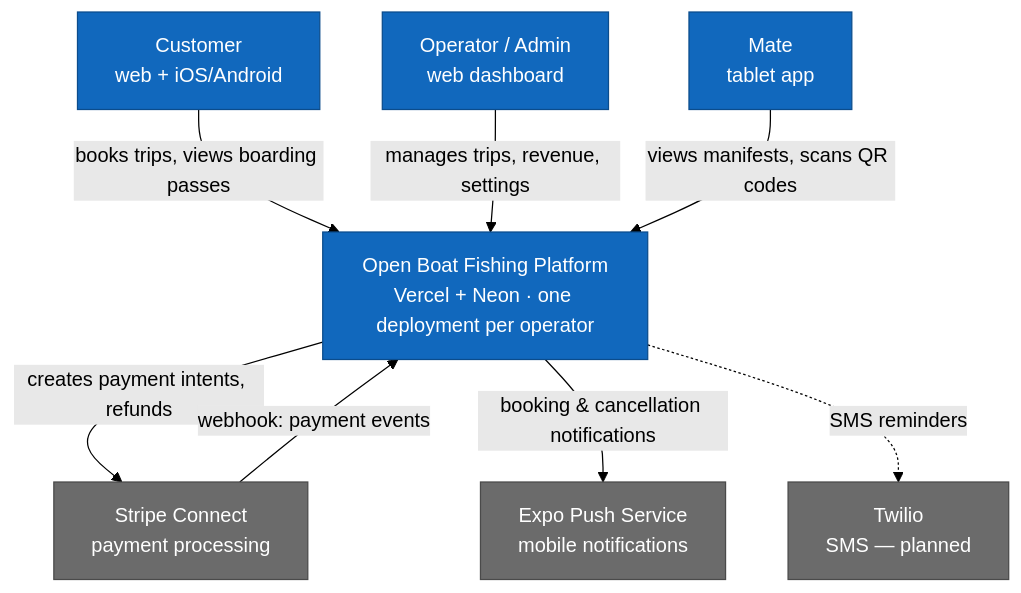
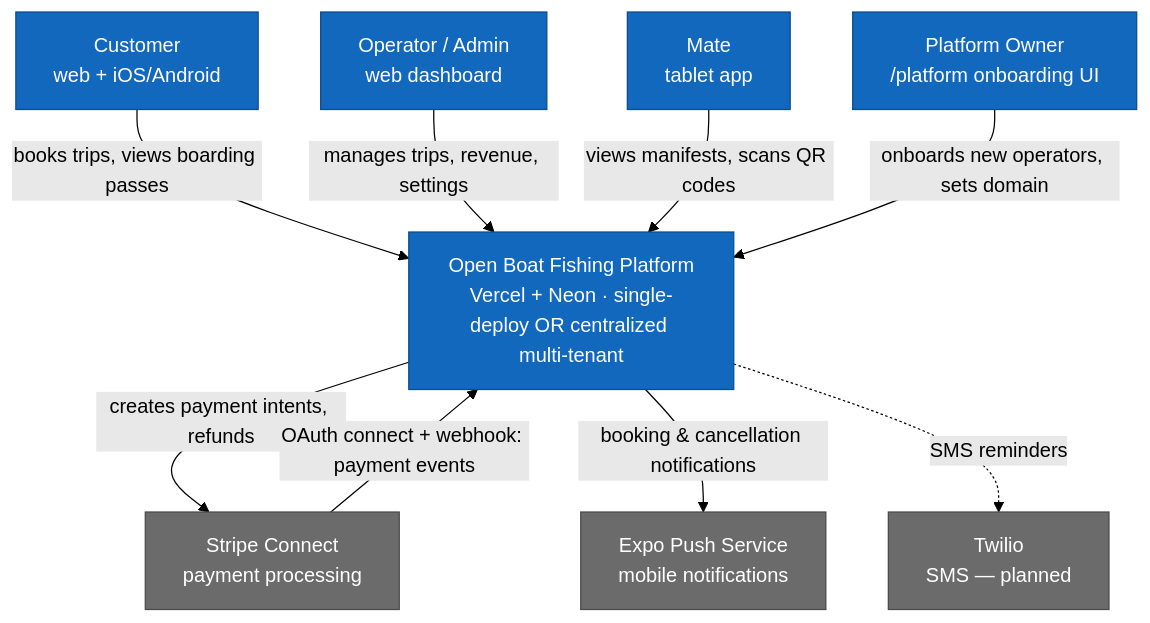
One commit to allonyaron/open-boat-fishing changed the first of 2 diagrams in docs/c4-architecture.md. Above: the diagram before and after it, drawn with Mermaid (forest theme). The commit also changed other lines of this file and 11 other files, not shown here.

First line of the commit message:
Refresh mermaid/architecture docs to match centralized-mode code

````diff
--- a/docs/c4-architecture.md
+++ b/docs/c4-architecture.md
@@ -9,29 +9,31 @@
 ```mermaid
 graph TD
     C["Customer<br/>web + iOS/Android"]
     A["Operator / Admin<br/>web dashboard"]
     M["Mate<br/>tablet app"]
+    PO["Platform Owner<br/>/platform onboarding UI"]
 
-    P["Open Boat Fishing Platform<br/>Vercel + Neon · one deployment per operator"]
+    P["Open Boat Fishing Platform<br/>Vercel + Neon · single-deploy OR centralized multi-tenant"]
 
     stripe["Stripe Connect<br/>payment processing"]
     push["Expo Push Service<br/>mobile notifications"]
     twilio["Twilio<br/>SMS — planned"]
 
     C -->|books trips, views boarding passes| P
     A -->|manages trips, revenue, settings| P
     M -->|views manifests, scans QR codes| P
+    PO -->|onboards new operators, sets domain| P
 
     P -->|creates payment intents, refunds| stripe
-    stripe -->|webhook: payment events| P
+    stripe -->|OAuth connect + webhook: payment events| P
     P -->|booking & cancellation notifications| push
     P -.->|SMS reminders| twilio
 
     classDef person fill:#1168bd,stroke:#0b4c8c,color:#fff
     classDef system fill:#1168bd,stroke:#0b4c8c,color:#fff
     classDef ext fill:#6b6b6b,stroke:#4a4a4a,color:#fff
 
-    class C,A,M person
+    class C,A,M,PO person
     class P system
     class stripe,push,twilio ext
 ```
````
